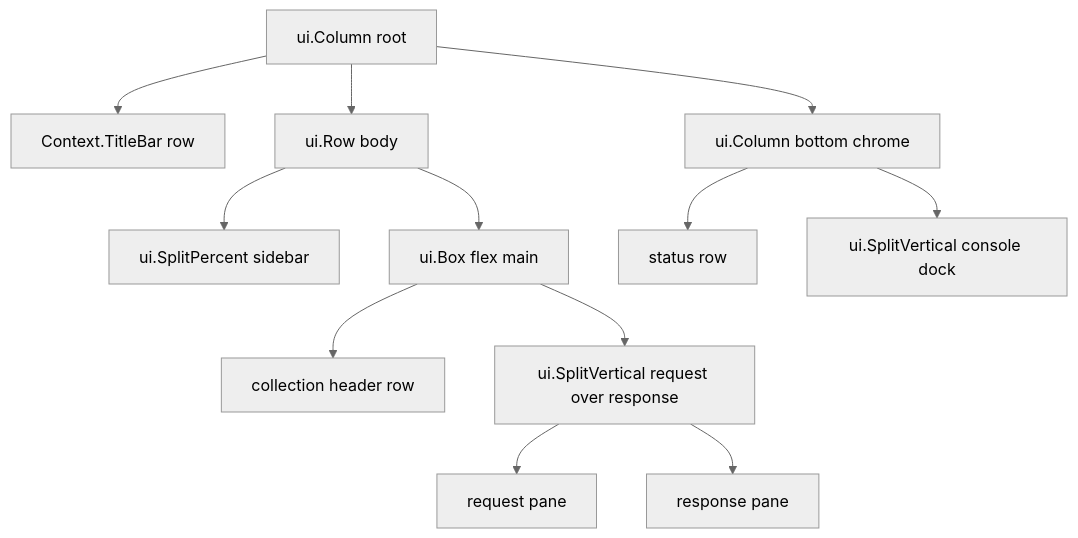
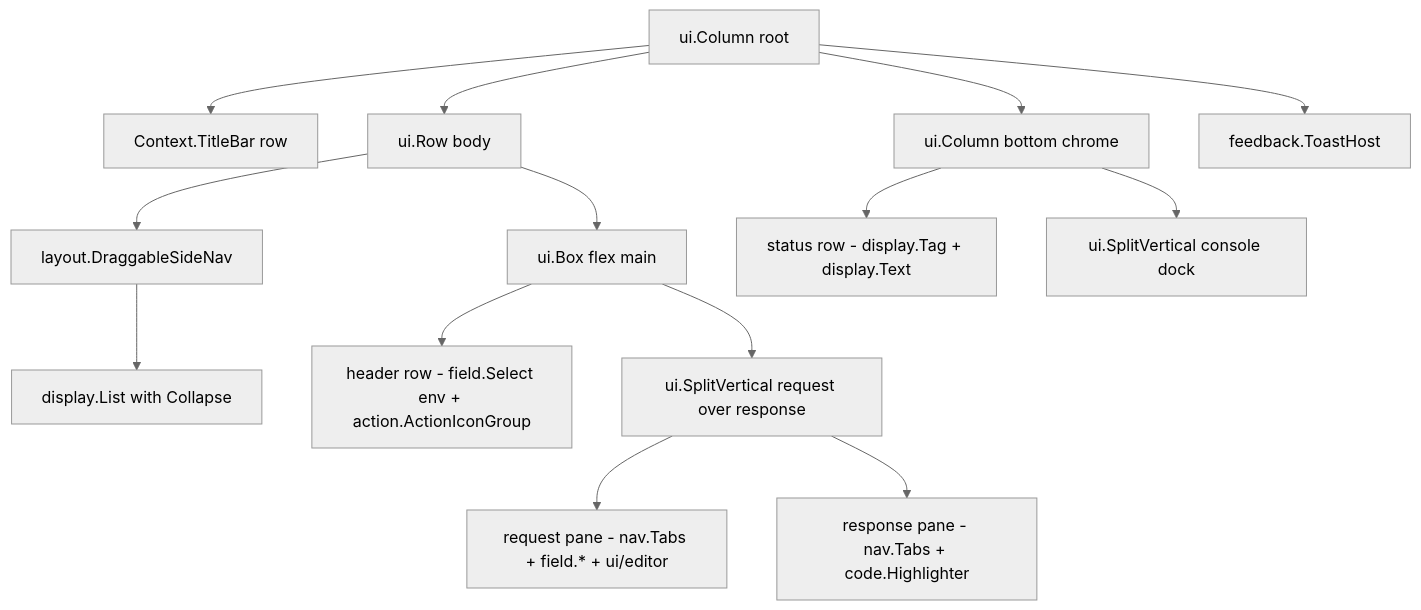
Before and after one commit to heisdezz/fearless: the third of 3 diagrams in docs/ui/application-layout.md, drawn with Mermaid (neutral theme). The commit also changed other lines of this file and 33 other files, not shown here.

````diff
--- a/docs/ui/application-layout.md
+++ b/docs/ui/application-layout.md
@@ -123,14 +149,16 @@
 ```mermaid
 flowchart TB
     Root[ui.Column root] --> Title[Context.TitleBar row]
     Root --> Body[ui.Row body]
     Root --> Bottom[ui.Column bottom chrome]
-    Body --> Side[ui.SplitPercent sidebar]
+    Root --> Toasts[feedback.ToastHost]
+    Body --> Side[layout.DraggableSideNav]
     Body --> Main[ui.Box flex main]
-    Main --> Head[collection header row]
+    Side --> List[display.List with Collapse]
+    Main --> Head[header row - field.Select env + action.ActionIconGroup]
     Main --> Split[ui.SplitVertical request over response]
-    Split --> Req[request pane]
-    Split --> Resp[response pane]
-    Bottom --> Status[status row]
+    Split --> Req[request pane - nav.Tabs + field.* + ui/editor]
+    Split --> Resp[response pane - nav.Tabs + code.Highlighter]
+    Bottom --> Status[status row - display.Tag + display.Text]
     Bottom --> Dock[ui.SplitVertical console dock]
 ```
````
